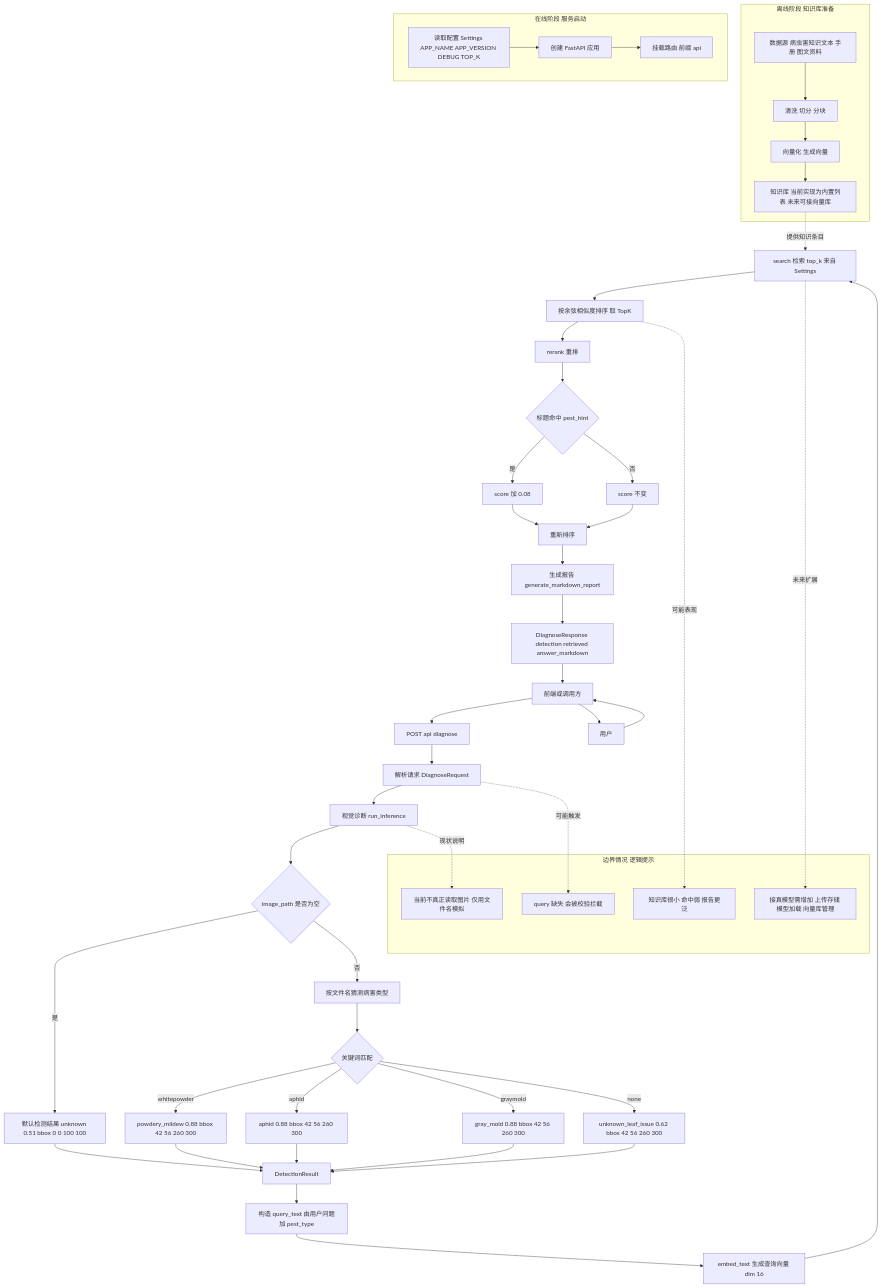
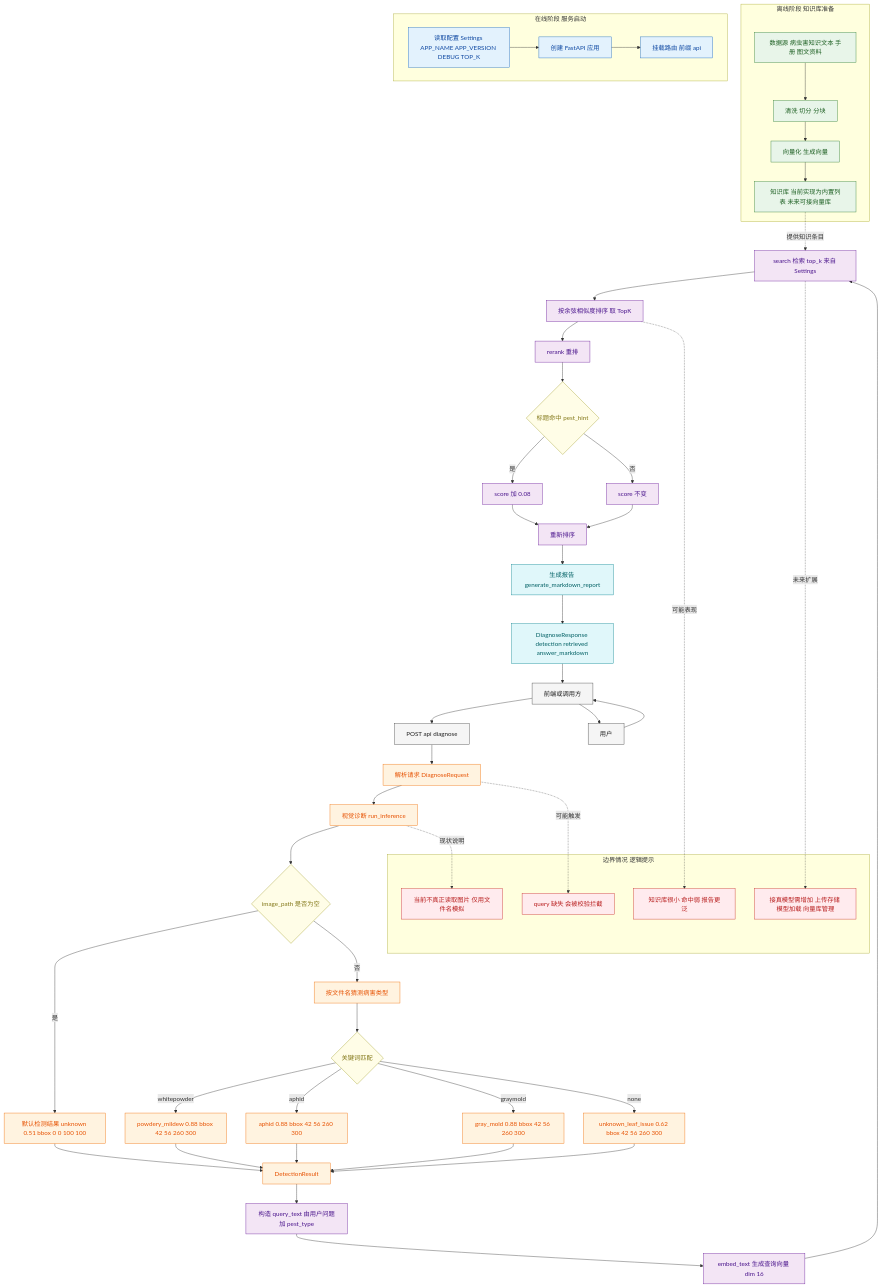
The diagram in README.md (GeYugong/berry-mrag-system), drawn with Mermaid before and after one commit.

Commit message:
更新流程图，增加离线知识库准备和在线服务启动的详细逻辑，优化视觉诊断流程

````diff
--- a/README.md
+++ b/README.md
@@ -133,56 +133,88 @@
 ```mermaid
 flowchart TB
+
+%% ===== Styles (colors) =====
+classDef offline fill:#E8F5E9,stroke:#2E7D32,stroke-width:1px,color:#1B5E20;
+classDef online  fill:#E3F2FD,stroke:#1565C0,stroke-width:1px,color:#0D47A1;
+classDef infer   fill:#FFF3E0,stroke:#EF6C00,stroke-width:1px,color:#E65100;
+classDef rag     fill:#F3E5F5,stroke:#6A1B9A,stroke-width:1px,color:#4A148C;
+classDef gen     fill:#E0F7FA,stroke:#00838F,stroke-width:1px,color:#006064;
+classDef edge    fill:#FFEBEE,stroke:#C62828,stroke-width:1px,color:#B71C1C;
+classDef io      fill:#F5F5F5,stroke:#424242,stroke-width:1px,color:#212121;
+classDef decision fill:#FFFDE7,stroke:#9E9D24,stroke-width:1px,color:#827717;
 
 subgraph OFFLINE[离线阶段 知识库准备]
   DS[数据源 病虫害知识文本 手册 图文资料] --> CLEAN[清洗 切分 分块]
   CLEAN --> EMB_KB[向量化 生成向量]
   EMB_KB --> STORE[知识库 当前实现为内置列表 未来可接向量库]
 end
+class DS,CLEAN,EMB_KB,STORE offline;
 
 subgraph ONLINE[在线阶段 服务启动]
   CFG[读取配置 Settings APP_NAME APP_VERSION DEBUG TOP_K] --> APP[创建 FastAPI 应用]
   APP --> ROUTER[挂载路由 前缀 api]
 end
+class CFG,APP,ROUTER online;
 
 U[用户] --> FE[前端或调用方]
 FE --> EP[POST api diagnose]
+class U,FE,EP io;
 
 EP --> VAL[解析请求 DiagnoseRequest]
 VAL --> INF[视觉诊断 run_inference]
+class VAL infer;
+class INF infer;
 
 INF --> B0{image_path 是否为空}
+class B0 decision;
+
 B0 -- 是 --> D0[默认检测结果 unknown 0.51 bbox 0 0 100 100]
 B0 -- 否 --> GUESS[按文件名猜测病害类型]
+class D0,GUESS infer;
+
 GUESS --> B1{关键词匹配}
+class B1 decision;
+
 B1 -- whitepowder --> D1[powdery_mildew 0.88 bbox 42 56 260 300]
 B1 -- aphid --> D2[aphid 0.88 bbox 42 56 260 300]
 B1 -- graymold --> D3[gray_mold 0.88 bbox 42 56 260 300]
 B1 -- none --> D4[unknown_leaf_issue 0.62 bbox 42 56 260 300]
+class D1,D2,D3,D4 infer;
 
 D0 --> DET[DetectionResult]
 D1 --> DET
 D2 --> DET
 D3 --> DET
 D4 --> DET
+class DET infer;
 
 DET --> QBUILD[构造 query_text 由用户问题加 pest_type]
 QBUILD --> EMBQ[embed_text 生成查询向量 dim 16]
 EMBQ --> RET[search 检索 top_k 来自 Settings]
+class QBUILD,EMBQ,RET rag;
 
 STORE -. 提供知识条目 .-> RET
+
 RET --> TOPK[按余弦相似度排序 取 TopK]
+TOPK --> RER[rerank 重排]
+class TOPK,RER rag;
 
-TOPK --> RER[rerank 重排]
 RER --> B2{标题命中 pest_hint}
+class B2 decision;
+
 B2 -- 是 --> PLUS[score 加 0.08]
 B2 -- 否 --> KEEP[score 不变]
+class PLUS,KEEP rag;
+
 PLUS --> SORT2[重新排序]
 KEEP --> SORT2
+class SORT2 rag;
 
 SORT2 --> GEN[生成报告 generate_markdown_report]
 GEN --> RESP[DiagnoseResponse detection retrieved answer_markdown]
 RESP --> FE
 FE --> U
+class GEN,RESP gen;
 
 subgraph EDGE[边界情况 逻辑提示]
   E1[query 缺失 会被校验拦截]
@@ -190,6 +222,7 @@
   E3[当前不真正读取图片 仅用文件名模拟]
   E4[接真模型需增加 上传存储 模型加载 向量库管理]
 end
+class E1,E2,E3,E4 edge;
 
 VAL -. 可能触发 .-> E1
 TOPK -. 可能表现 .-> E2
````
